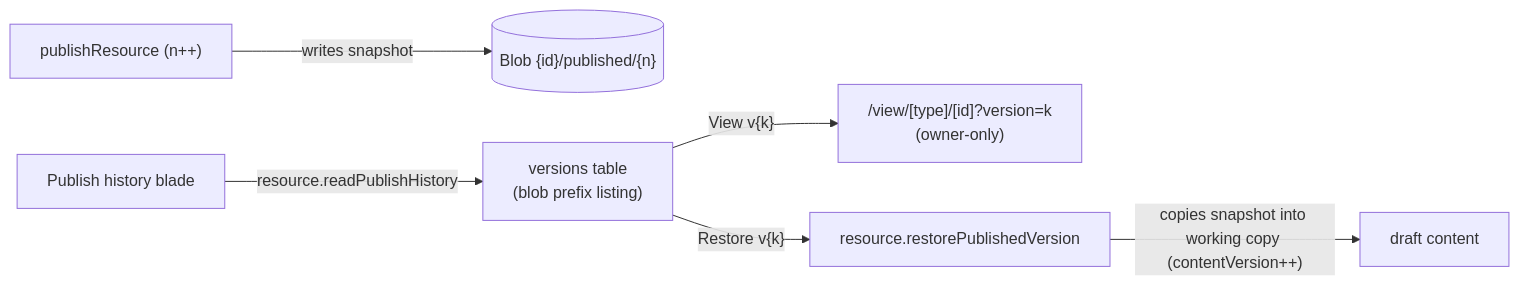
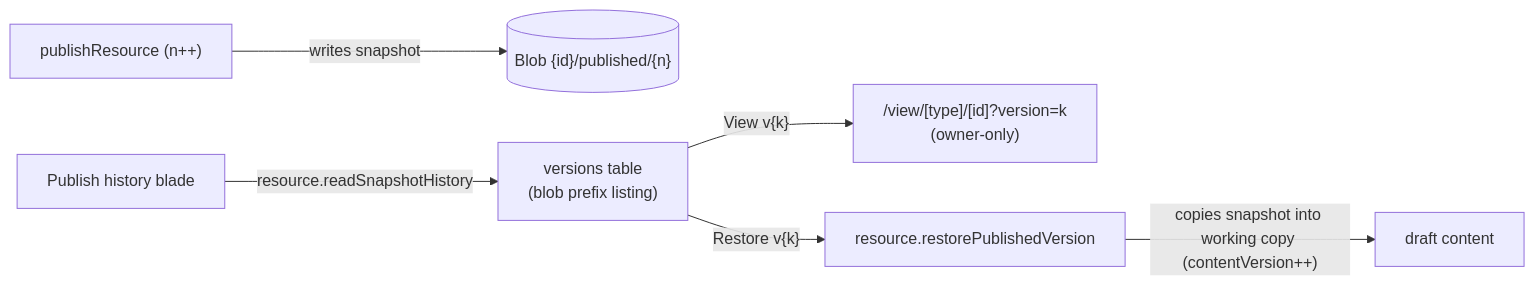
Before and after one commit to Esposter/Esposter: the diagram in packages/app/content/docs/platform/publish-history.md, drawn with Mermaid. The commit also changed other lines of this file and 12 other files, not shown here.

````diff
--- a/packages/app/content/docs/platform/publish-history.md
+++ b/packages/app/content/docs/platform/publish-history.md
@@ -14,8 +14,8 @@
 ```mermaid
 flowchart LR
   PUB["publishResource (n++)"] -->|"writes snapshot"| BLOB[("Blob {id}/published/{n}")]
-  BLADE["Publish history blade"] -->|"resource.readPublishHistory"| LIST["versions table<br/>(blob prefix listing)"]
+  BLADE["Publish history blade"] -->|"resource.readSnapshotHistory"| LIST["versions table<br/>(blob prefix listing)"]
   LIST -->|"View v{k}"| VIEW["/view/[type]/[id]?version=k<br/>(owner-only)"]
   LIST -->|"Restore v{k}"| RESTORE["resource.restorePublishedVersion"]
   RESTORE -->|"copies snapshot into working copy (contentVersion++)"| DRAFT["draft content"]
 ```
````
